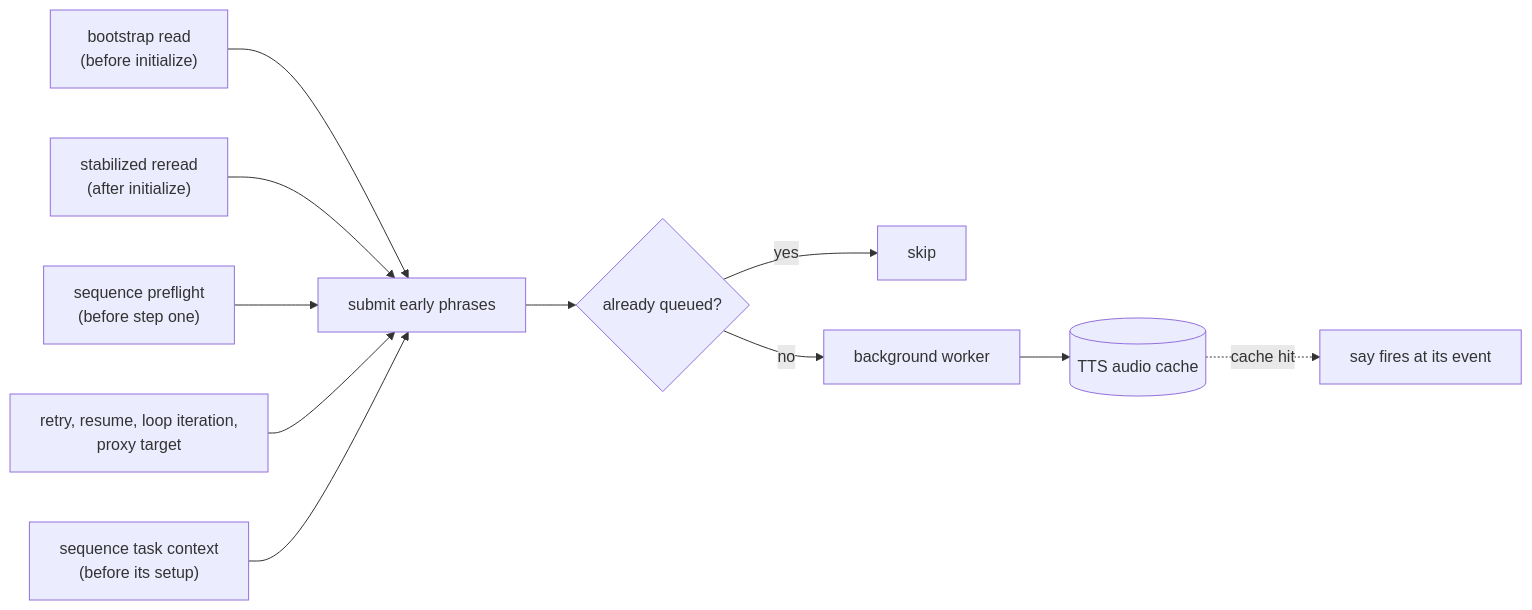
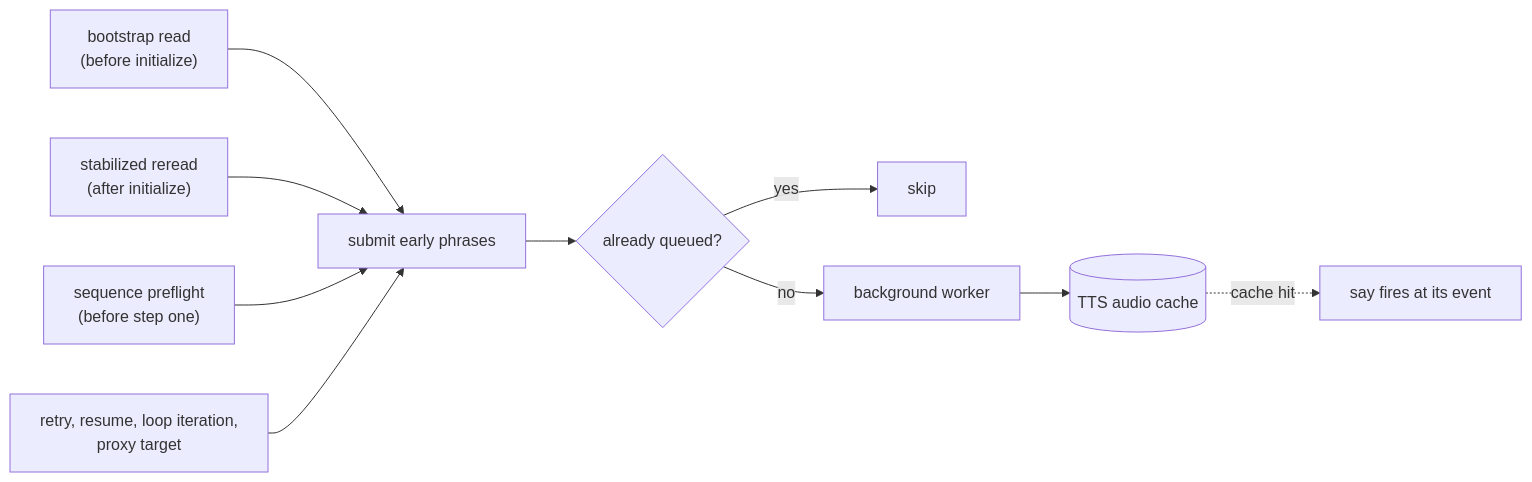
The second of 3 diagrams in claudine/docs/topics/flow-control/lifecycle.md (yankeeinlondon/rusty-biscuit), drawn with Mermaid before and after one commit. The commit also changed other lines of this file and 226 other files, not shown here.

First line of the commit message:
feat: add typed shell templates and sequence containers

````diff
--- a/claudine/docs/topics/flow-control/lifecycle.md
+++ b/claudine/docs/topics/flow-control/lifecycle.md
@@ -522,13 +549,12 @@
 ```mermaid
 flowchart LR
     B["bootstrap read<br/>(before initialize)"] --> S[submit early phrases]
     R["stabilized reread<br/>(after initialize)"] --> S
     P["sequence preflight<br/>(before step one)"] --> S
     E["retry, resume, loop iteration,<br/>proxy target"] --> S
-    T["sequence task context<br/>(before its setup)"] --> S
     S --> Q{already queued?}
     Q -- yes --> X[skip]
     Q -- no --> W[background worker]
     W --> C[(TTS audio cache)]
     C -. cache hit .-> V["say fires at its event"]
 ```
````
